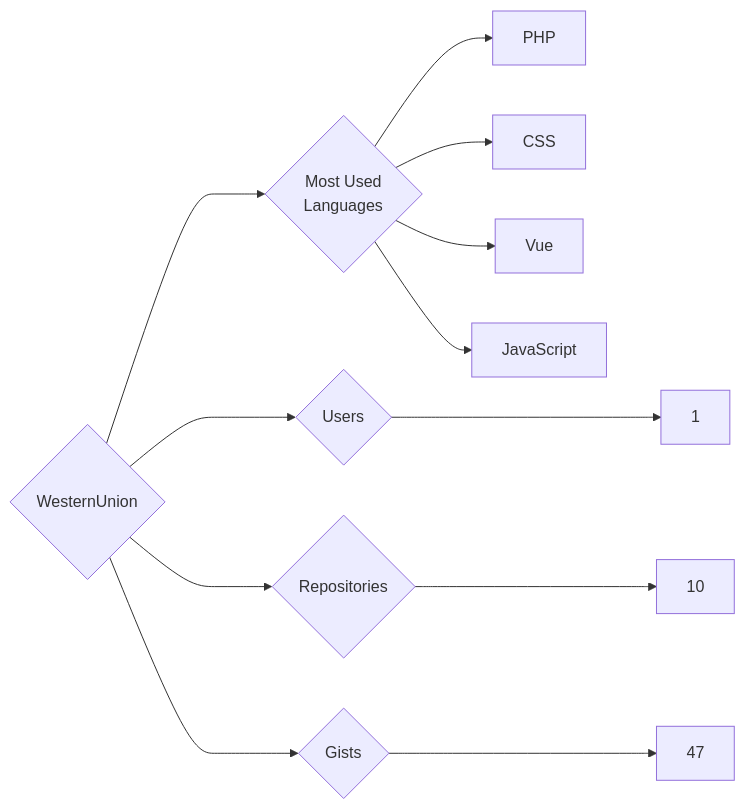
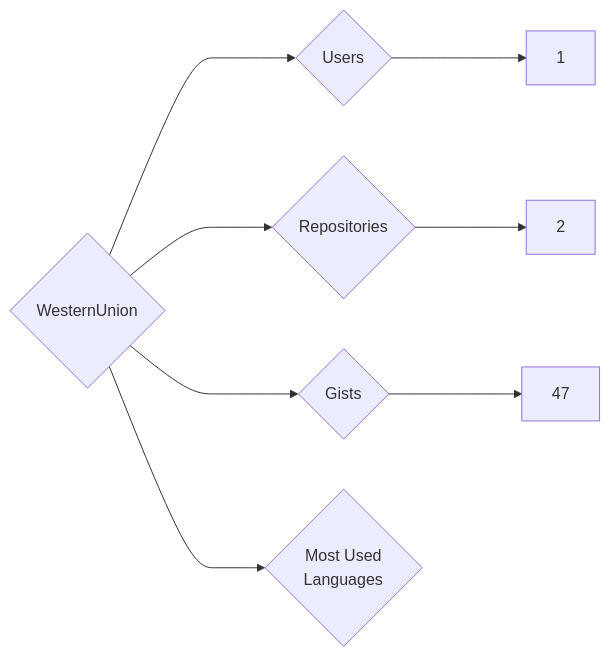
The diagram in targets/WesternUnion/README.md (trickest/insiders), drawn with Mermaid before and after one commit. The commit also changed 794 other files, not shown here.

````diff
--- a/targets/WesternUnion/README.md
+++ b/targets/WesternUnion/README.md
@@ -3,12 +3,8 @@
 ```mermaid
 graph LR
 COMPANY_NAME{WesternUnion}
 COMPANY_NAME ---> U{Users} ---> UN[1]
-COMPANY_NAME ---> R{Repositories} ---> RN[10]
+COMPANY_NAME ---> R{Repositories} ---> RN[2]
 COMPANY_NAME ---> G{Gists} ---> GN[47]
 COMPANY_NAME ---> ML{Most Used<br>Languages}
-ML --> PHP[PHP]
-ML --> CSS[CSS]
-ML --> Vue[Vue]
-ML --> JavaScript[JavaScript]
 ```
````
